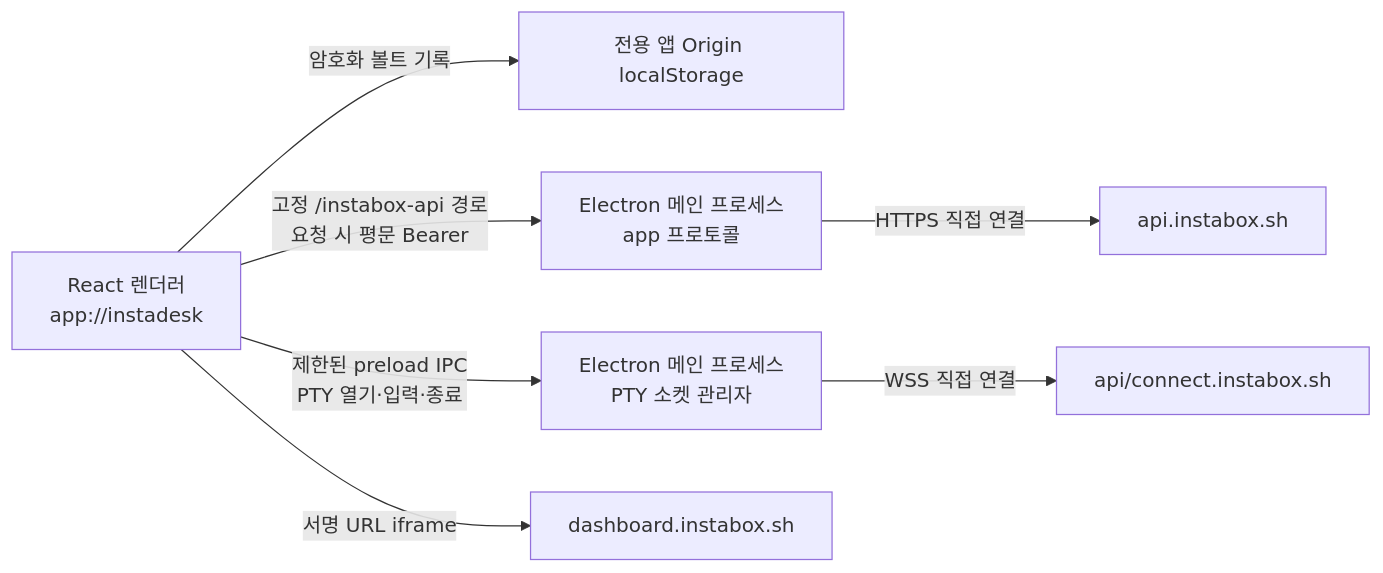
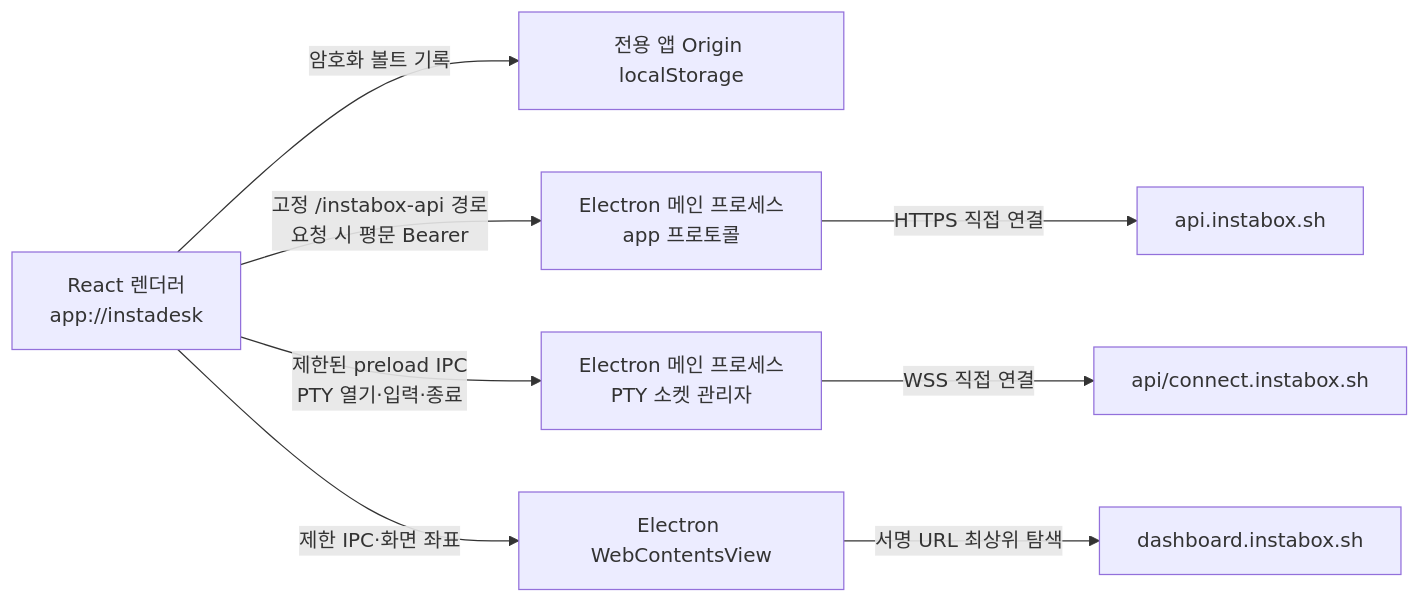
One commit to Yupkidangju/instadesk changed the diagram in docs/electron/architecture.md. Above: the diagram before and after it, drawn with Mermaid. The commit also changed other lines of this file and 38 other files, not shown here.

````diff
--- a/docs/electron/architecture.md
+++ b/docs/electron/architecture.md
@@ -7,9 +7,10 @@
 ```mermaid
 flowchart LR
   UI[React 렌더러<br/>app://instadesk] -->|암호화 볼트 기록| LS[전용 앱 Origin localStorage]
   UI -->|고정 /instabox-api 경로<br/>요청 시 평문 Bearer| P[Electron 메인 프로세스<br/>app 프로토콜]
   UI -->|제한된 preload IPC<br/>PTY 열기·입력·종료| M[Electron 메인 프로세스<br/>PTY 소켓 관리자]
   P -->|HTTPS 직접 연결| API[api.instabox.sh]
   M -->|WSS 직접 연결| WS[api/connect.instabox.sh]
-  UI -->|서명 URL iframe| DESK[dashboard.instabox.sh]
+  UI -->|제한 IPC·화면 좌표| VIEW[Electron WebContentsView]
+  VIEW -->|서명 URL 최상위 탐색| DESK[dashboard.instabox.sh]
 ```
````
